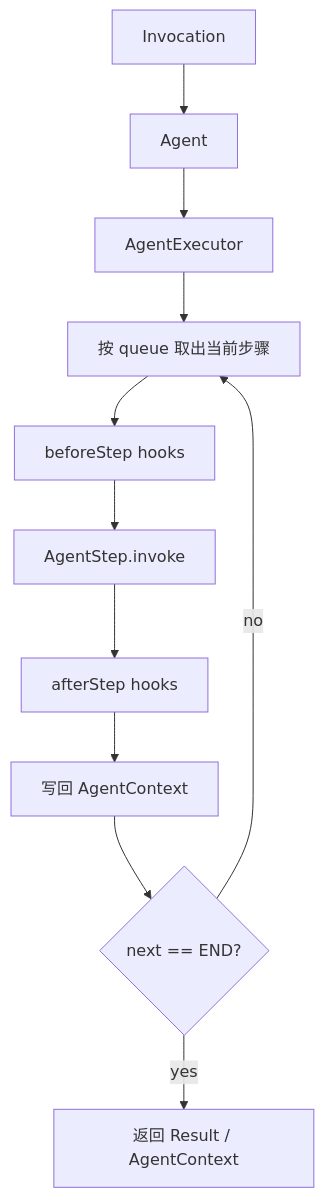
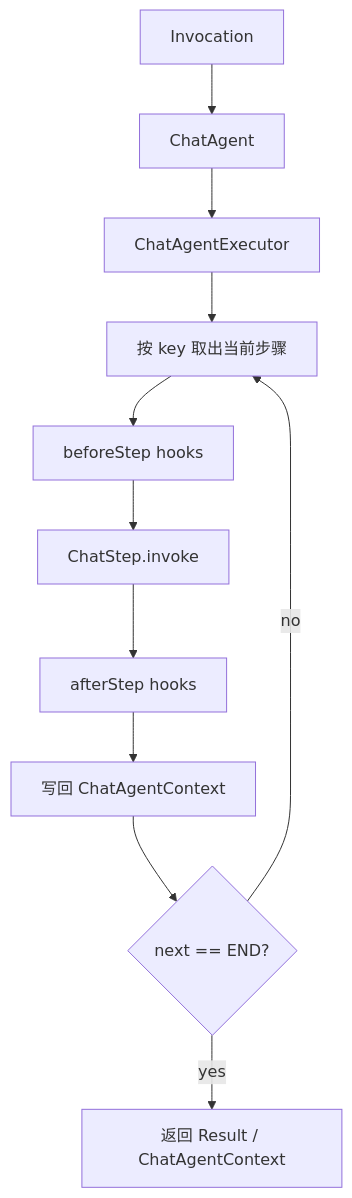
Before and after one commit to Halcyonsong/liteagent-template: the first of 2 diagrams in liteagent-agent/README.md, drawn with Mermaid. The commit also changed other lines of this file and 40 other files, not shown here.

````diff
--- a/liteagent-agent/README.md
+++ b/liteagent-agent/README.md
@@ -27,13 +34,13 @@
 ```mermaid
 flowchart TD
-    A1[Invocation] --> A2[Agent]
-    A2 --> A3[AgentExecutor]
-    A3 --> A4[按 queue 取出当前步骤]
+    A1[Invocation] --> A2[ChatAgent]
+    A2 --> A3[ChatAgentExecutor]
+    A3 --> A4[按 key 取出当前步骤]
     A4 --> A5[beforeStep hooks]
-    A5 --> A6[AgentStep.invoke]
+    A5 --> A6[ChatStep.invoke]
     A6 --> A7[afterStep hooks]
-    A7 --> A8[写回 AgentContext]
+    A7 --> A8[写回 ChatAgentContext]
     A8 --> A9{next == END?}
     A9 -- no --> A4
-    A9 -- yes --> A10[返回 Result / AgentContext]
+    A9 -- yes --> A10[返回 Result / ChatAgentContext]
 ```
````
